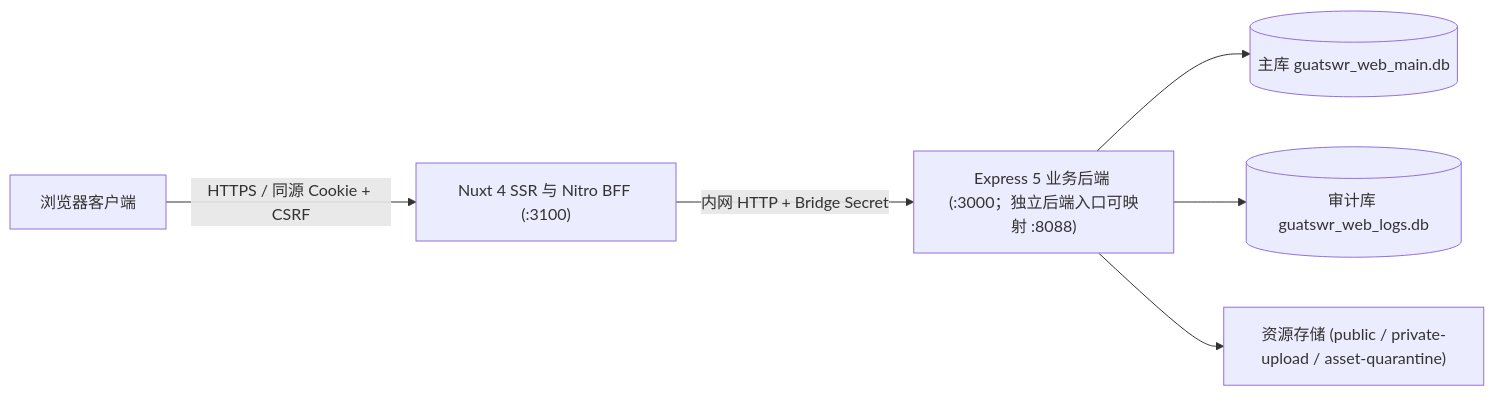
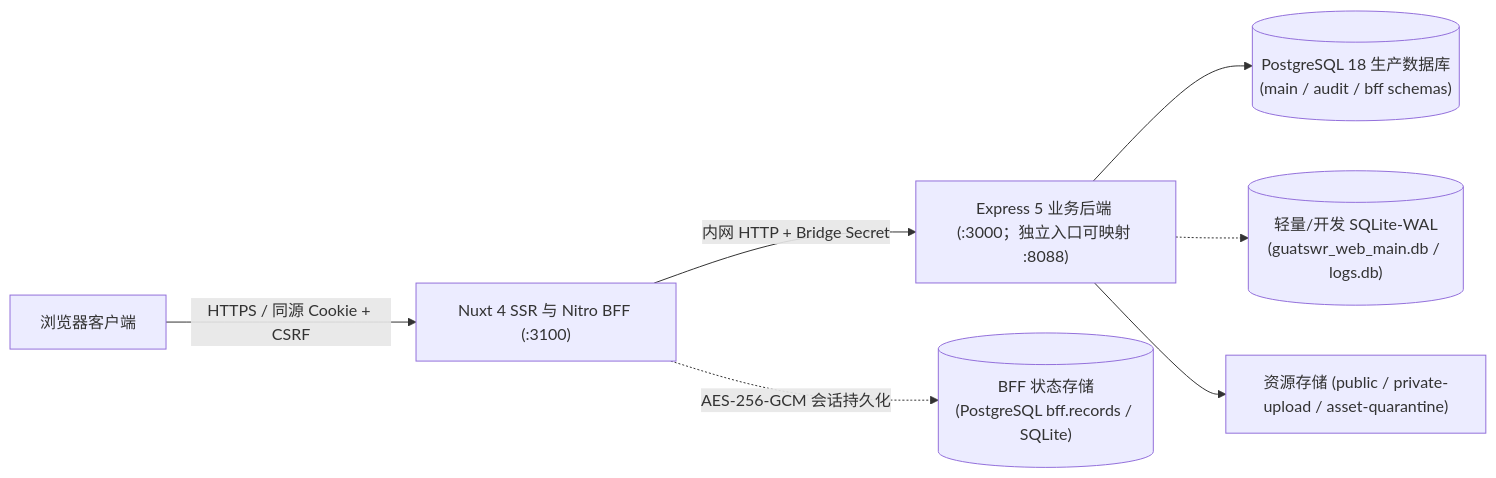
One commit to guatswr/GuatSWR_Website changed the first of 2 diagrams in README.md. Above: the diagram before and after it, drawn with Mermaid. The commit also changed other lines of this file, not shown here.

Commit message:
docs: update README with PostgreSQL 18 architecture, deployment, and backup runbooks

````diff
--- a/README.md
+++ b/README.md
@@ -93,8 +94,9 @@
 ```mermaid
 flowchart LR
     Browser["浏览器客户端"] -->|"HTTPS / 同源 Cookie + CSRF"| Web["Nuxt 4 SSR 与 Nitro BFF (:3100)"]
-    Web -->|"内网 HTTP + Bridge Secret"| API["Express 5 业务后端 (:3000；独立后端入口可映射 :8088)"]
-    API --> MainDB[("主库 guatswr_web_main.db")]
-    API --> AuditDB[("审计库 guatswr_web_logs.db")]
+    Web -->|"内网 HTTP + Bridge Secret"| API["Express 5 业务后端 (:3000；独立入口可映射 :8088)"]
+    Web -.->|"AES-256-GCM 会话持久化"| BFFDB[("BFF 状态存储<br/>(PostgreSQL bff.records / SQLite)")]
+    API --> PG[("PostgreSQL 18 生产数据库<br/>(main / audit / bff schemas)")]
+    API -.-> SQLite[("轻量/开发 SQLite-WAL<br/>(guatswr_web_main.db / logs.db)")]
     API --> Storage["资源存储 (public / private-upload / asset-quarantine)"]
 ```
````
